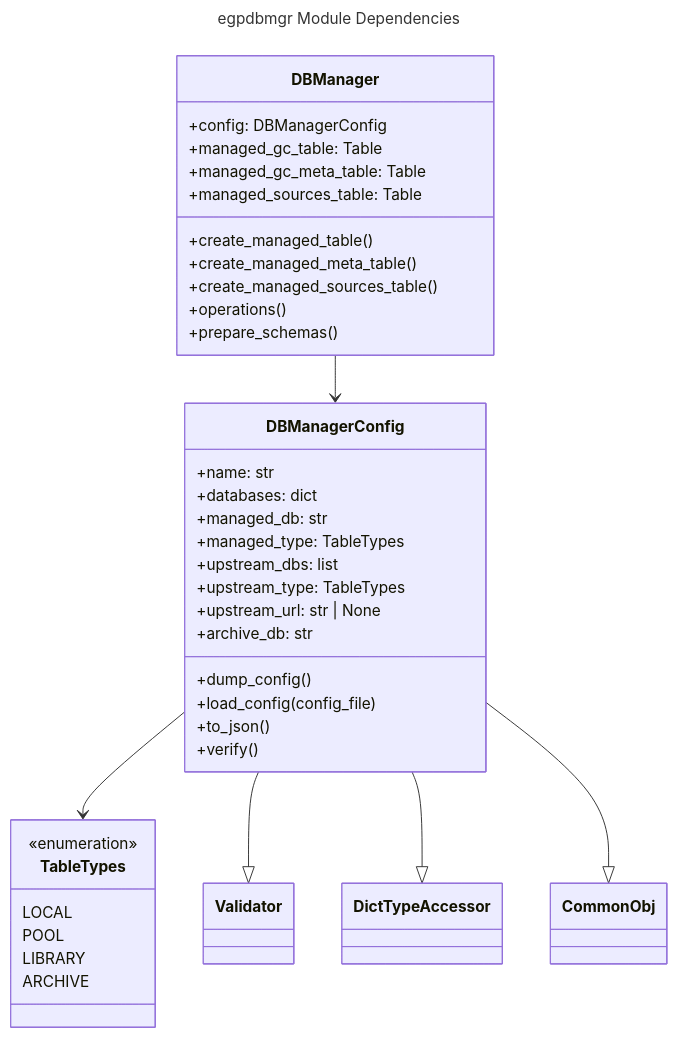
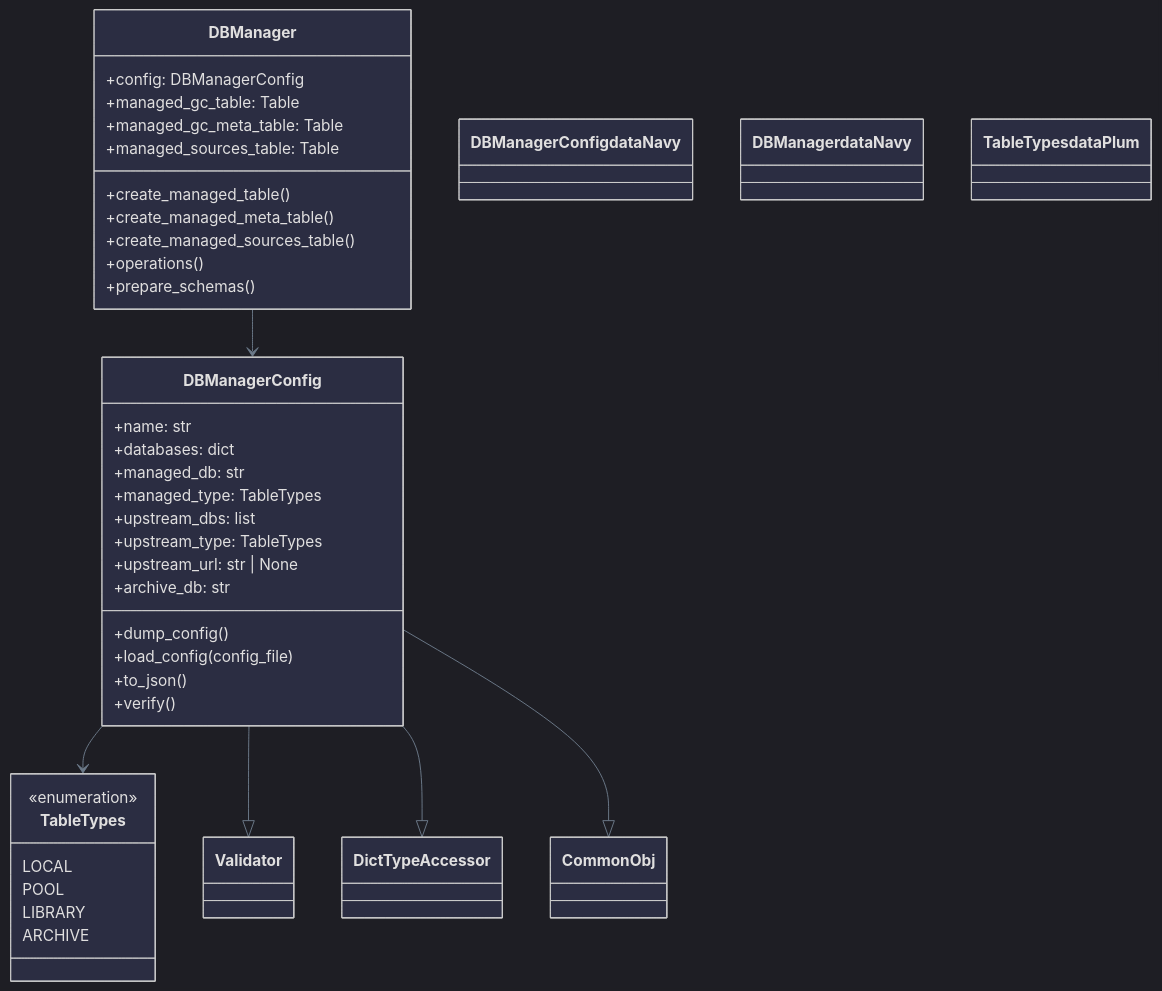
One commit to Shapedsundew9/erasmus-gp changed the third of 3 diagrams in docs/components/database/manager_architecture.md. Above: the diagram before and after it, drawn with Mermaid. The commit also changed other lines of this file and 21 other files, not shown here.

First line of the commit message:
Enhance Mermaid Diagrams and Color Consistency Across Documentation

````diff
--- a/docs/components/database/manager_architecture.md
+++ b/docs/components/database/manager_architecture.md
@@ -100,46 +106,53 @@
 ```mermaid
----
-title: egpdbmgr Module Dependencies
----
+%%{init: { 'theme': 'dark', 'themeVariables': { 'lineColor': '#6c7a89', 'textColor': '#edf2f4', 'mainBkg': '#2b2d42', 'primaryBorderColor': '#4a4e69' }}}%%
 classDiagram
+    %% Base/Default (Dark Slate)
+    classDef default fill:#2b2d42,stroke:#4a4e69,stroke-width:2px,color:#edf2f4
+    classDef dataNavy fill:#2c3e50,stroke:#4a5c6e,stroke-width:2px,color:#ffffff
+    classDef dataPlum fill:#4a3b52,stroke:#685b70,stroke-width:2px,color:#ffffff
+
     class DBManagerConfig {
         +name: str
         +databases: dict
         +managed_db: str
         +managed_type: TableTypes
         +upstream_dbs: list
         +upstream_type: TableTypes
         +upstream_url: str | None
         +archive_db: str
         +dump_config()
         +load_config(config_file)
         +to_json()
         +verify()
     }
 
     class DBManager {
         +config: DBManagerConfig
         +managed_gc_table: Table
         +managed_gc_meta_table: Table
         +managed_sources_table: Table
         +create_managed_table()
         +create_managed_meta_table()
         +create_managed_sources_table()
         +operations()
         +prepare_schemas()
     }
 
     class TableTypes {
         <<enumeration>>
         LOCAL
         POOL
         LIBRARY
         ARCHIVE
     }
 
     DBManager --> DBManagerConfig
     DBManagerConfig --> TableTypes
     DBManagerConfig --|> Validator
     DBManagerConfig --|> DictTypeAccessor
     DBManagerConfig --|> CommonObj
+
+    class DBManagerConfig dataNavy
+    class DBManager dataNavy
+    class TableTypes dataPlum
 ```
````
